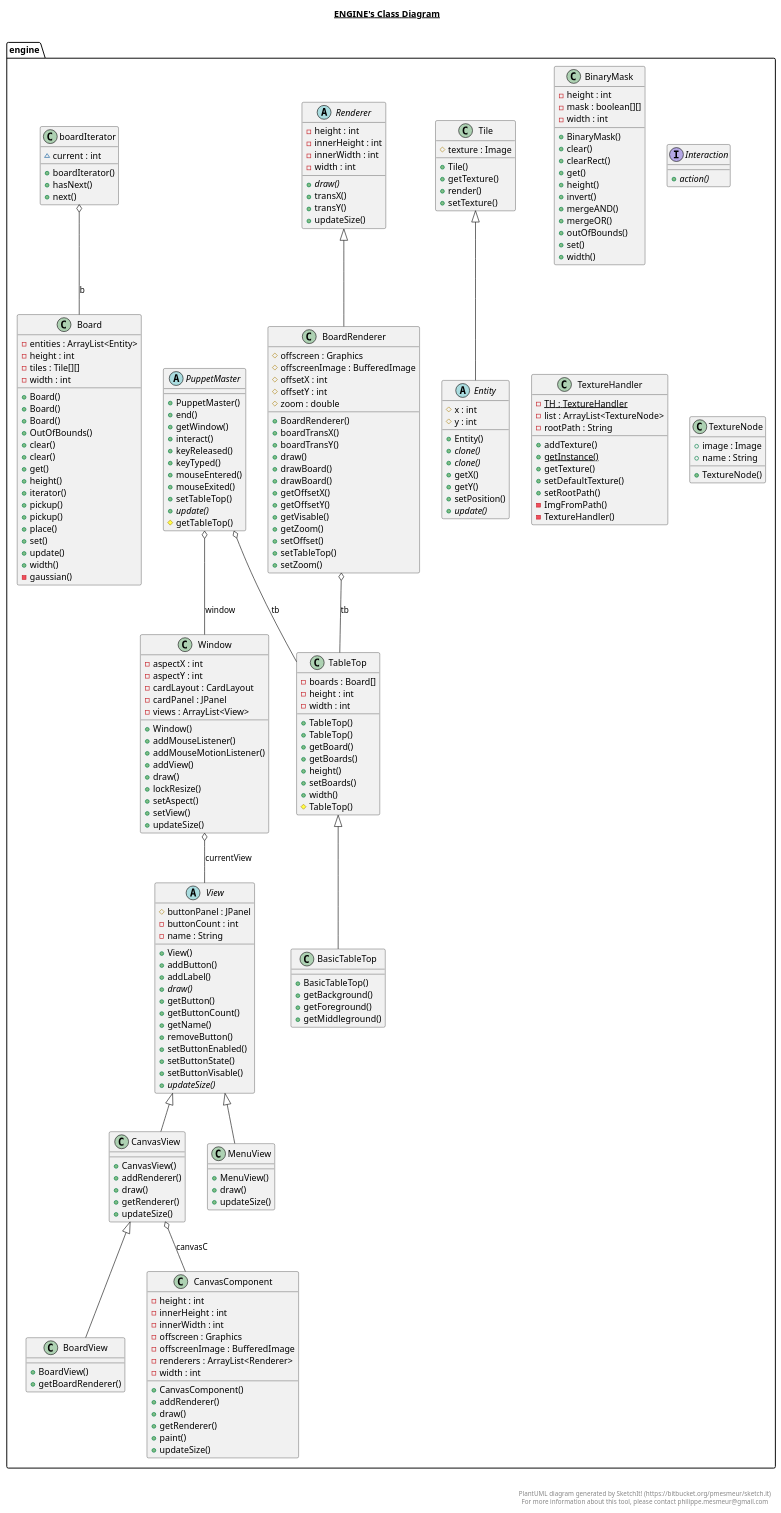
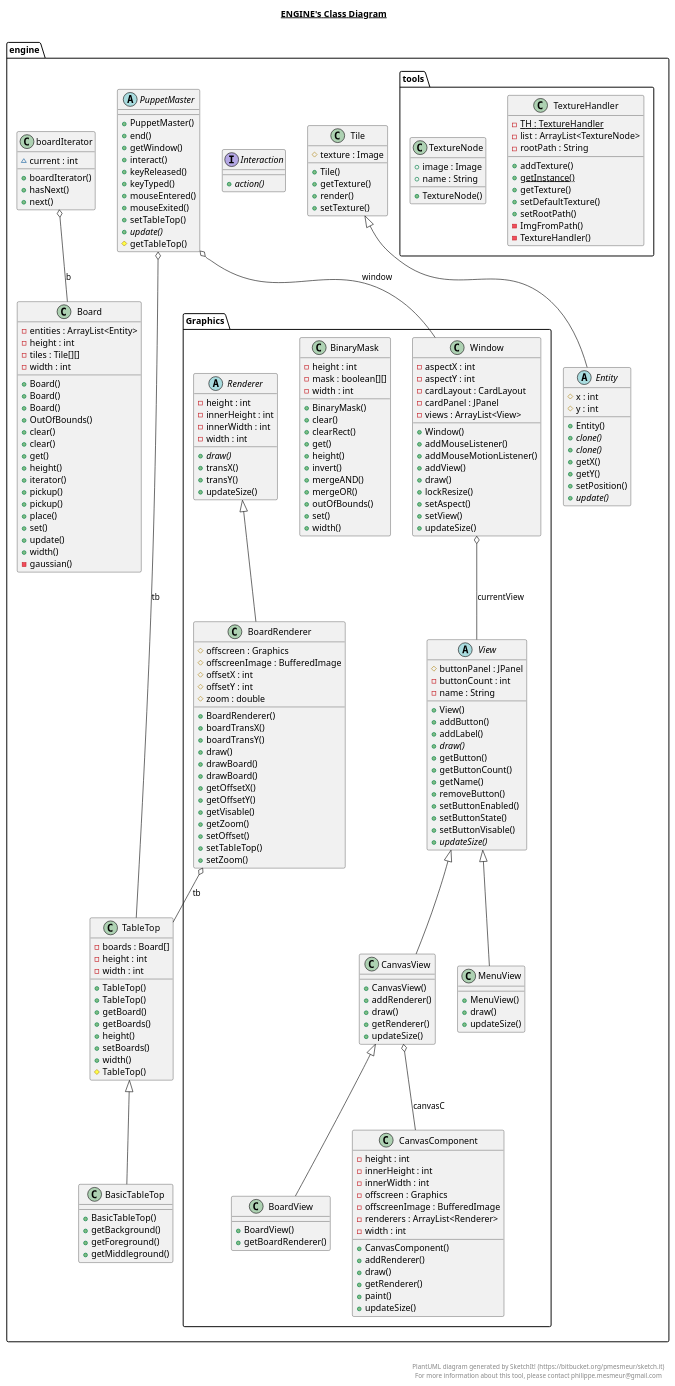
Before and after one commit to Twofigo/GridBasedGameEngine: the diagram in src/engine/engine.plantuml, drawn with PlantUML. The commit also changed 29 other files, not shown here.

```diff
--- a/src/engine/engine.plantuml
+++ b/src/engine/engine.plantuml
@@ -13,7 +13,7 @@
   
 
   namespace engine {
-    class engine.BinaryMask {
+    class engine.Graphics.BinaryMask {
         - height : int
         - mask : boolean[][]
         - width : int
@@ -59,7 +59,7 @@
   
 
   namespace engine {
-    class engine.BoardRenderer {
+    class engine.Graphics.BoardRenderer {
         # offscreen : Graphics
         # offscreenImage : BufferedImage
         # offsetX : int
@@ -83,7 +83,7 @@
   
 
   namespace engine {
-    class engine.BoardView {
+    class engine.Graphics.BoardView {
         + BoardView()
         + getBoardRenderer()
     }
@@ -91,7 +91,7 @@
   
 
   namespace engine {
-    class engine.CanvasComponent {
+    class engine.Graphics.CanvasComponent {
         - height : int
         - innerHeight : int
         - innerWidth : int
@@ -110,7 +110,7 @@
   
 
   namespace engine {
-    class engine.CanvasView {
+    class engine.Graphics.CanvasView {
         + CanvasView()
         + addRenderer()
         + draw()
@@ -143,7 +143,7 @@
   
 
   namespace engine {
-    class engine.MenuView {
+    class engine.Graphics.MenuView {
         + MenuView()
         + draw()
         + updateSize()
@@ -169,7 +169,7 @@
   
 
   namespace engine {
-    abstract class engine.Renderer {
+    abstract class engine.Graphics.Renderer {
         - height : int
         - innerHeight : int
         - innerWidth : int
@@ -200,7 +200,7 @@
   
 
   namespace engine {
-    class engine.TextureHandler {
+    class engine.tools.TextureHandler {
         {static} - TH : TextureHandler
         - list : ArrayList<TextureNode>
         - rootPath : String
@@ -216,7 +216,7 @@
   
 
   namespace engine {
-    class engine.TextureNode {
+    class engine.tools.TextureNode {
         + image : Image
         + name : String
         + TextureNode()
@@ -236,7 +236,7 @@
   
 
   namespace engine {
-    abstract class engine.View {
+    abstract class engine.Graphics.View {
         # buttonPanel : JPanel
         - buttonCount : int
         - name : String
@@ -257,7 +257,7 @@
   
 
   namespace engine {
-    class engine.Window {
+    class engine.Graphics.Window {
         - aspectX : int
         - aspectY : int
         - cardLayout : CardLayout
@@ -287,16 +287,16 @@
   
 
   engine.BasicTableTop -up-|> engine.TableTop
-  engine.BoardRenderer -up-|> engine.Renderer
-  engine.BoardRenderer o-- engine.TableTop : tb
-  engine.BoardView -up-|> engine.CanvasView
-  engine.CanvasView -up-|> engine.View
-  engine.CanvasView o-- engine.CanvasComponent : canvasC
+  engine.Graphics.BoardRenderer -up-|> engine.Graphics.Renderer
+  engine.Graphics.BoardRenderer o-- engine.TableTop : tb
+  engine.Graphics.BoardView -up-|> engine.Graphics.CanvasView
+  engine.Graphics.CanvasView -up-|> engine.Graphics.View
+  engine.Graphics.CanvasView o-- engine.Graphics.CanvasComponent : canvasC
   engine.Entity -up-|> engine.Tile
-  engine.MenuView -up-|> engine.View
+  engine.Graphics.MenuView -up-|> engine.Graphics.View
   engine.PuppetMaster o-- engine.TableTop : tb
-  engine.PuppetMaster o-- engine.Window : window
-  engine.Window o-- engine.View : currentView
+  engine.PuppetMaster o-- engine.Graphics.Window : window
+  engine.Graphics.Window o-- engine.Graphics.View : currentView
   engine.boardIterator o-- engine.Board : b
 
 
```
